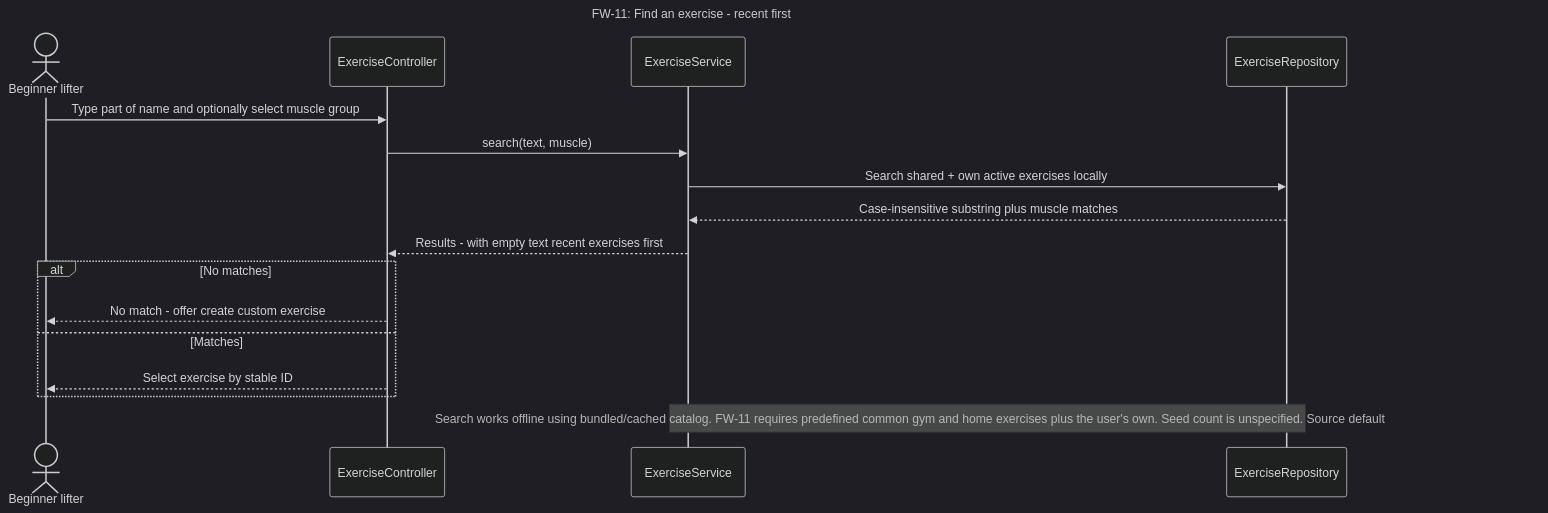
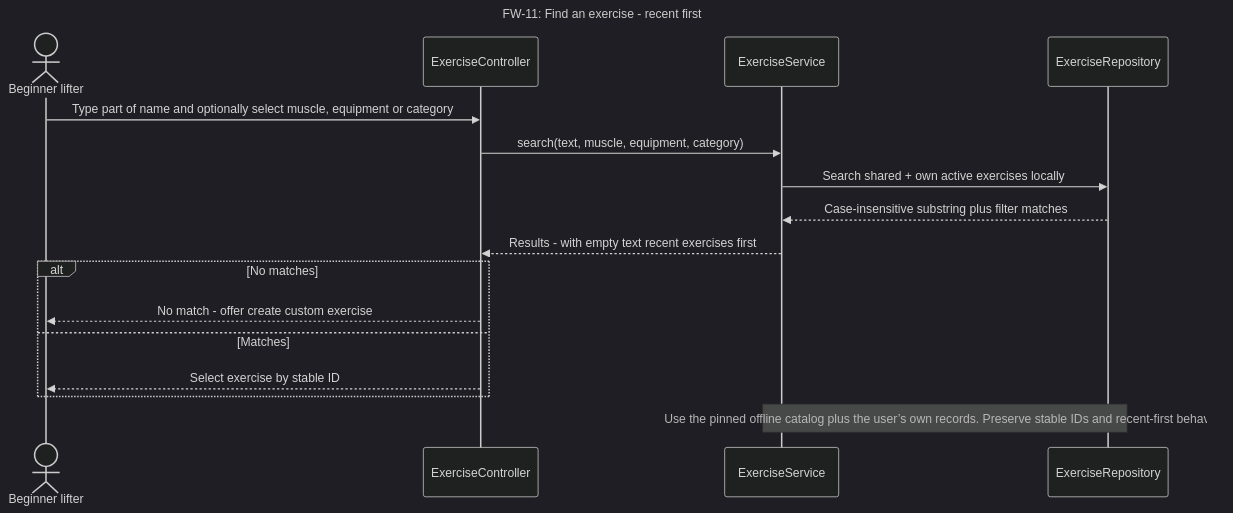
Before and after one commit to SebasLopez2005/SWEProject1: the diagram in docs/part2/design/diagrams/sequence/FW-11.mmd, drawn with Mermaid (dark theme). The commit also changed 47 other files, not shown here.

```diff
--- a/docs/part2/design/diagrams/sequence/FW-11.mmd
+++ b/docs/part2/design/diagrams/sequence/FW-11.mmd
@@ -1,17 +1,17 @@
 sequenceDiagram
     title FW-11: Find an exercise -  recent first
     actor U as Beginner lifter
     participant C as ExerciseController
     participant S as ExerciseService
     participant R as ExerciseRepository
-    U->>C: Type part of name and optionally select muscle group
-    C->>S: search(text, muscle)
+    U->>C: Type part of name and optionally select muscle, equipment or category
+    C->>S: search(text, muscle, equipment, category)
     S->>R: Search shared + own active exercises locally
-    R-->>S: Case-insensitive substring plus muscle matches
+    R-->>S: Case-insensitive substring plus filter matches
     S-->>C: Results -  with empty text recent exercises first
     alt No matches
      C-->>U: No match -  offer create custom exercise
     else Matches
      C-->>U: Select exercise by stable ID
     end
-    Note over S,R: Search works offline using bundled/cached catalog. FW-11 requires predefined common gym and home exercises plus the user's own. Seed count is unspecified. Source default is up to 10 recent items first.
+    Note over S,R: Use the pinned offline catalog plus the user’s own records. Preserve stable IDs and recent-first behavior.
```
